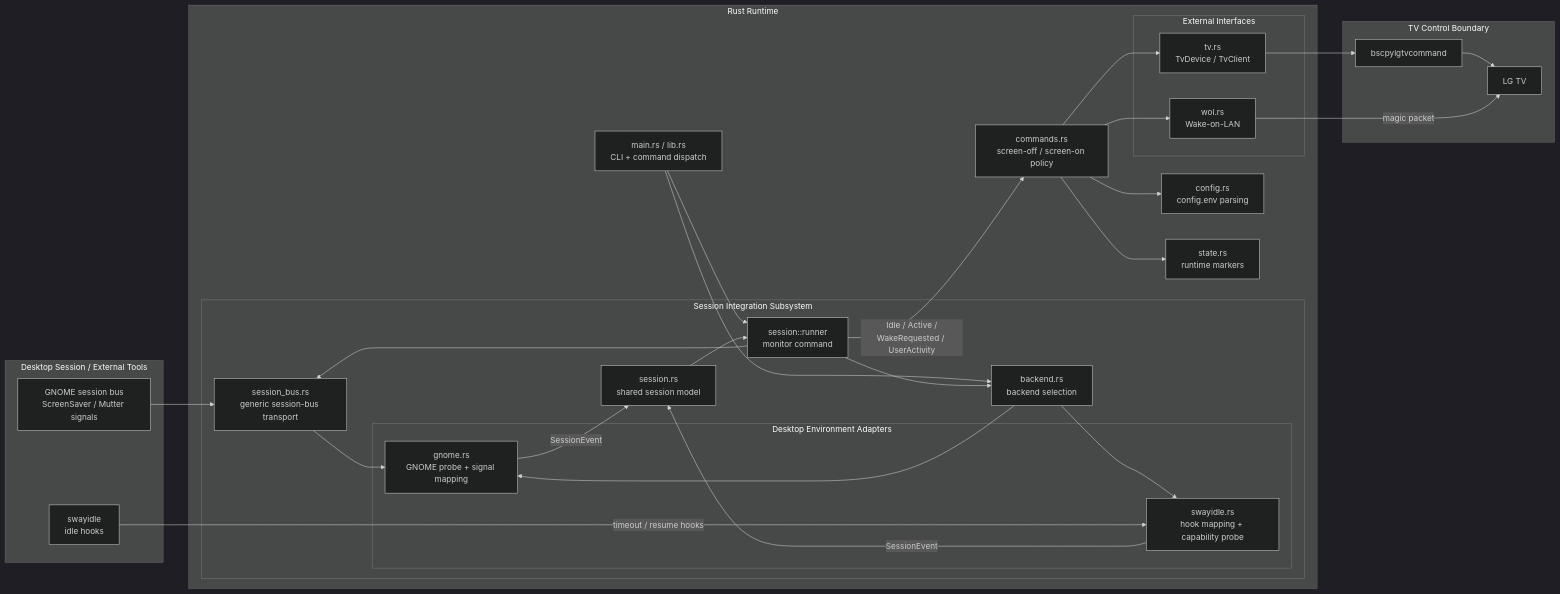
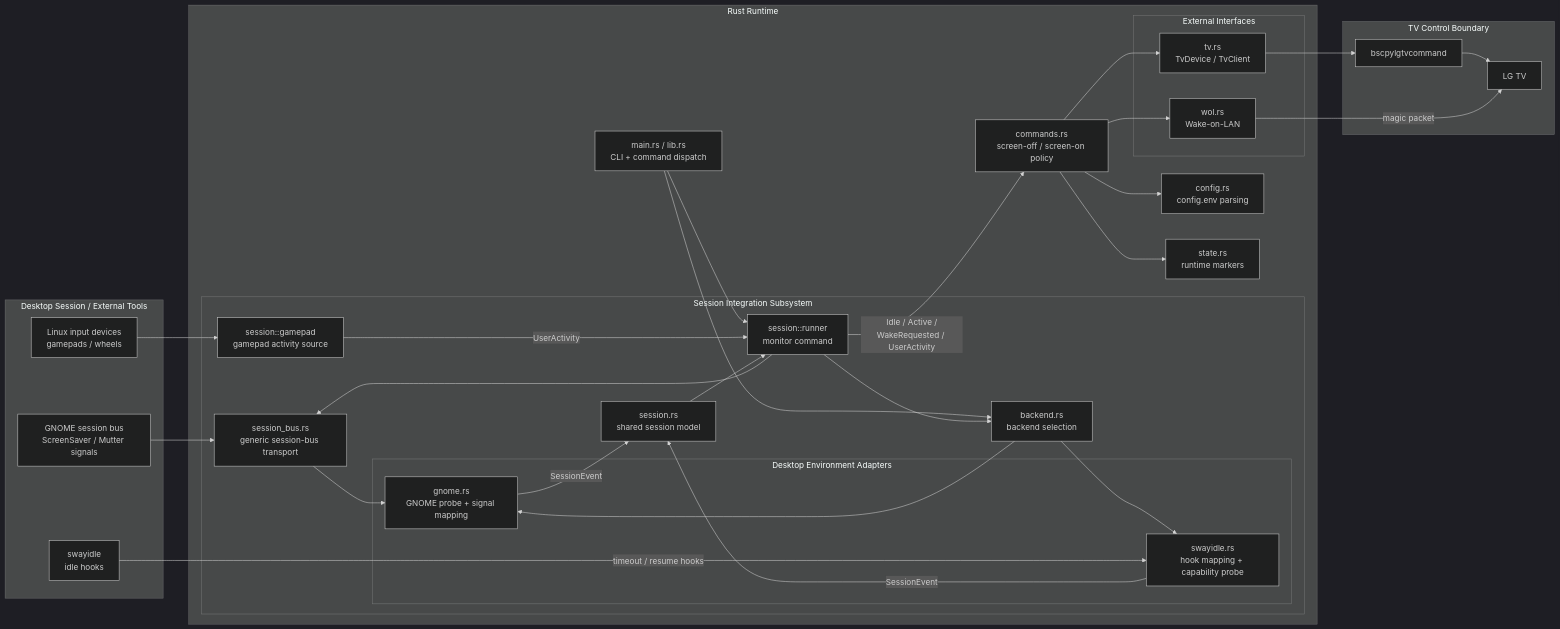
One commit to Staphylococcus/LG_Buddy changed the diagram in docs/architecture-overview.md. Above: the diagram before and after it, drawn with Mermaid (dark theme). The commit also changed other lines of this file and 18 other files, not shown here.

First line of the commit message:
Detect gamepad activity (#19)

````diff
--- a/docs/architecture-overview.md
+++ b/docs/architecture-overview.md
@@ -47,60 +47,64 @@
 ```mermaid
 flowchart LR
     subgraph Desktop["Desktop Session / External Tools"]
         GNOME["GNOME session bus<br/>ScreenSaver / Mutter signals"]
         SWAY["swayidle<br/>idle hooks"]
+        INPUT["Linux input devices<br/>gamepads / wheels"]
     end
 
     subgraph Rust["Rust Runtime"]
         MAIN["main.rs / lib.rs<br/>CLI + command dispatch"]
         COMMANDS["commands.rs<br/>screen-off / screen-on policy"]
         CONFIG["config.rs<br/>config.env parsing"]
         STATE["state.rs<br/>runtime markers"]
 
         subgraph SessionSubsystem["Session Integration Subsystem"]
             BACKEND["backend.rs<br/>backend selection"]
             SESSIONMODEL["session.rs<br/>shared session model"]
             RUNNER["session::runner<br/>monitor command"]
+            GAMEPAD["session::gamepad<br/>gamepad activity source"]
             BUS["session_bus.rs<br/>generic session-bus transport"]
 
             subgraph DEAdapters["Desktop Environment Adapters"]
                 GADAPTER["gnome.rs<br/>GNOME probe + signal mapping"]
                 SADAPTER["swayidle.rs<br/>hook mapping + capability probe"]
             end
         end
 
         subgraph ExternalInterfaces["External Interfaces"]
             TV["tv.rs<br/>TvDevice / TvClient"]
             WOL["wol.rs<br/>Wake-on-LAN"]
         end
     end
 
     subgraph TVBoundary["TV Control Boundary"]
         BSCPY["bscpylgtvcommand"]
         LGTV["LG TV"]
     end
 
     MAIN --> BACKEND
     MAIN --> RUNNER
     RUNNER --> BACKEND
     RUNNER --> BUS
     BACKEND --> GADAPTER
     BACKEND --> SADAPTER
 
     GNOME --> BUS
     BUS --> GADAPTER
     GADAPTER -->|"SessionEvent"| SESSIONMODEL
 
     SWAY -->|"timeout / resume hooks"| SADAPTER
     SADAPTER -->|"SessionEvent"| SESSIONMODEL
+    INPUT --> GAMEPAD
+    GAMEPAD -->|"UserActivity"| RUNNER
     SESSIONMODEL --> RUNNER
 
     RUNNER -->|"Idle / Active /<br/>WakeRequested / UserActivity"| COMMANDS
     COMMANDS --> CONFIG
     COMMANDS --> STATE
     COMMANDS --> TV
     COMMANDS --> WOL
 
     TV --> BSCPY --> LGTV
     WOL -->|"magic packet"| LGTV
 ```
````
